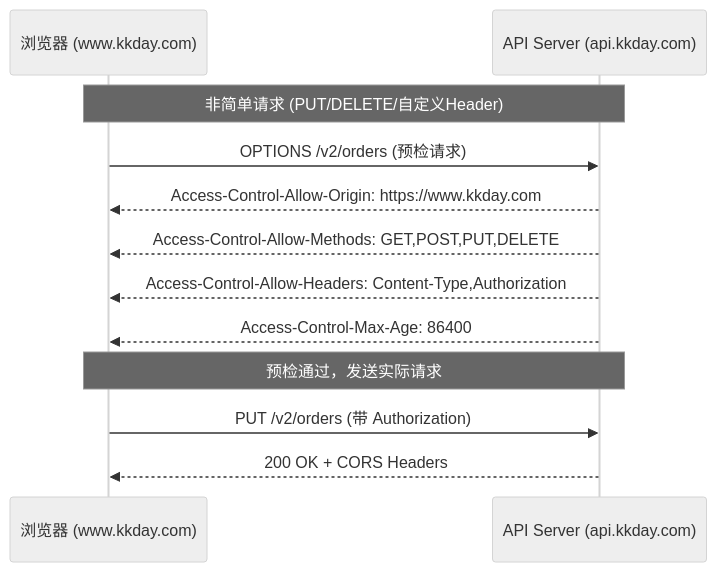
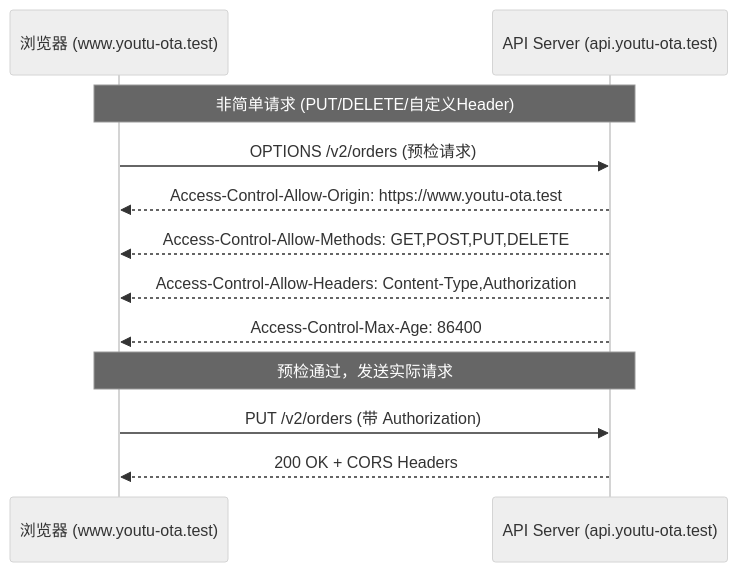
The diagram in source/_posts/architecture/cors-guide.md (mikeah2011/mikeah2011.github.io), drawn with Mermaid (neutral theme) before and after one commit. The commit also changed other lines of this file and 350 other files, not shown here.

````diff
--- a/source/_posts/architecture/cors-guide.md
+++ b/source/_posts/architecture/cors-guide.md
@@ -40,16 +40,16 @@
 ```mermaid
 sequenceDiagram
-    participant Browser as 浏览器 (www.kkday.com)
-    participant API as API Server (api.kkday.com)
+    participant Browser as 浏览器 (www.youtu-ota.test)
+    participant API as API Server (api.youtu-ota.test)
 
     Note over Browser,API: 非简单请求 (PUT/DELETE/自定义Header)
     Browser->>API: OPTIONS /v2/orders (预检请求)
-    API-->>Browser: Access-Control-Allow-Origin: https://www.kkday.com
+    API-->>Browser: Access-Control-Allow-Origin: https://www.youtu-ota.test
     API-->>Browser: Access-Control-Allow-Methods: GET,POST,PUT,DELETE
     API-->>Browser: Access-Control-Allow-Headers: Content-Type,Authorization
     API-->>Browser: Access-Control-Max-Age: 86400
 
     Note over Browser,API: 预检通过，发送实际请求
     Browser->>API: PUT /v2/orders (带 Authorization)
     API-->>Browser: 200 OK + CORS Headers
 ```
````
